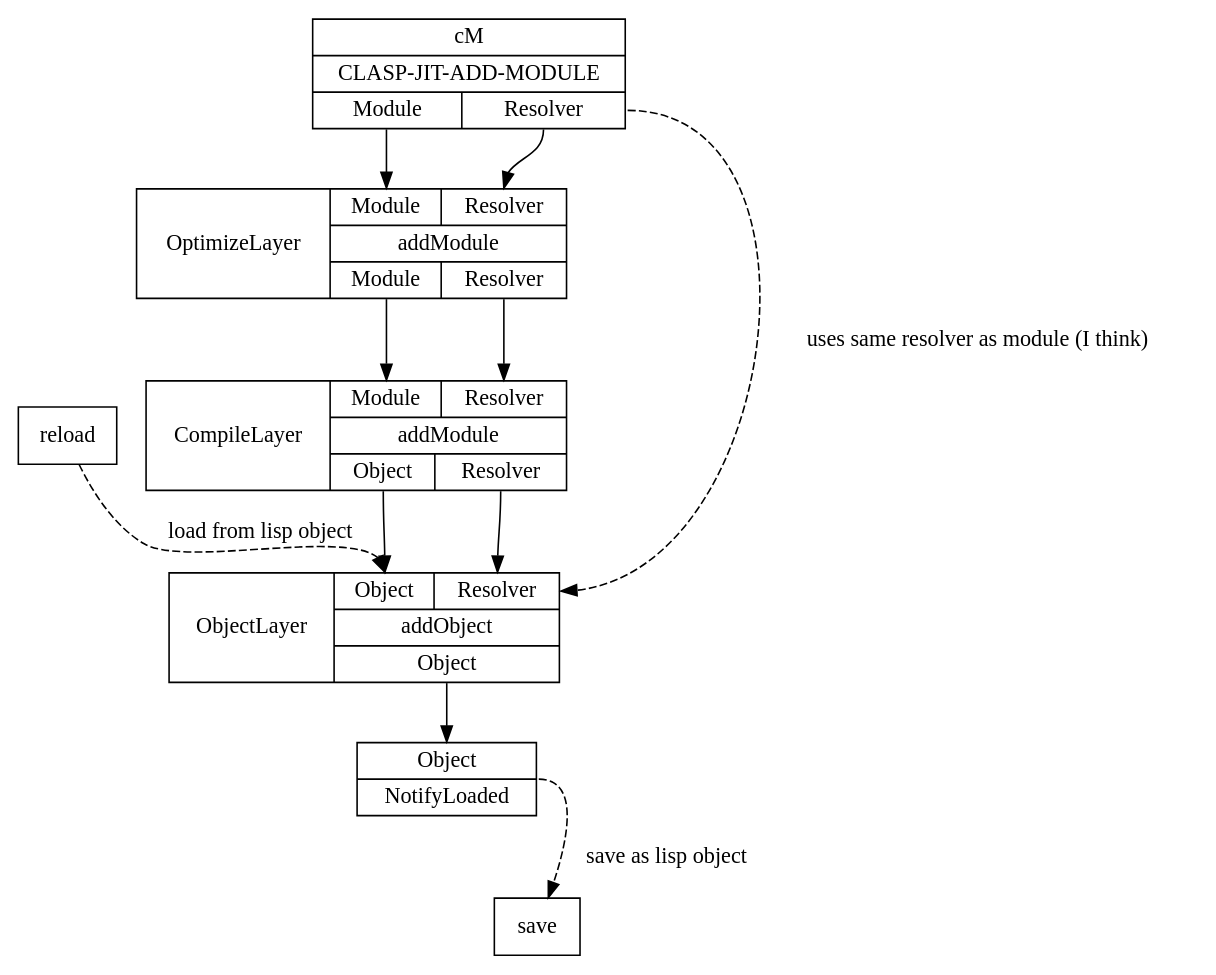
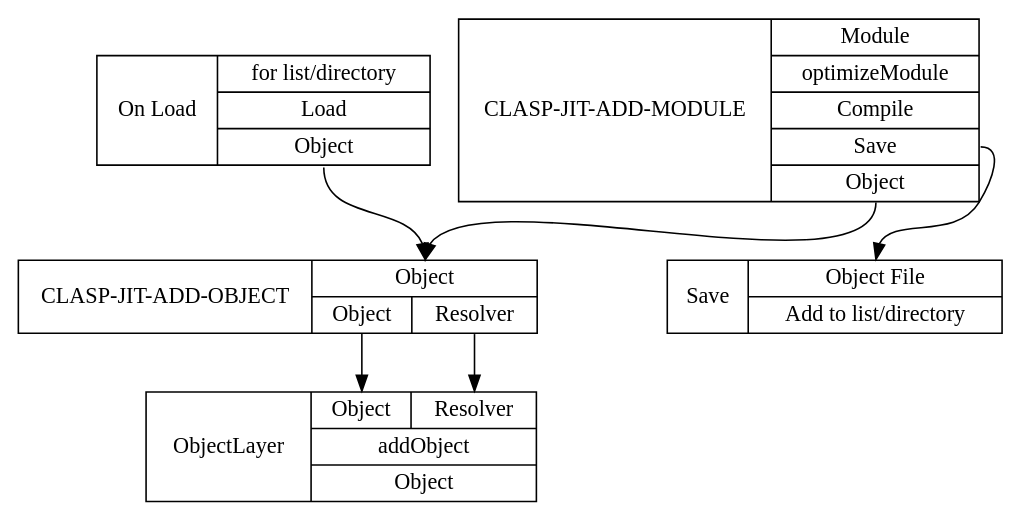
One commit to dlovemore/clasp changed the diagram in src/llvmo/jit.gv. Above: the diagram before and after it, drawn with Graphviz. The commit also changed 1 other file, not shown here.

Commit message:
New JIT structure to allow object save/load.

```diff
--- a/src/llvmo/jit.gv
+++ b/src/llvmo/jit.gv
@@ -1,21 +1,15 @@
 digraph structs {
 node [shape=record];
-notifyLoaded [shape=record,label="{<io> Object|NotifyLoaded}", URL="https://github.com/clasp-developers/clasp/blob/8a8e3820df1bb89edcdbb5d1c0ce636c5a5ec834/src/llvmo/llvmoExpose.cc#L3417-L3422"];
-objectLayer [shape=record,label="ObjectLayer|{{<io> Object| <ir> Resolver}|addObject|<oo> Object}"];
-compileLayer [shape=record,label="CompileLayer|{{<im> Module| <ir> Resolver}|addModule|{<oo> Object| <or> Resolver}}"];
-optimizeLayer [shape=record,label="OptimizeLayer|{{<im> Module| <ir> Resolver}|addModule|{<om> Module| <or> Resolver}}"];
 
-claspJIT_O [shape=record,label="{<im> cM|CLASP\-JIT\-ADD\-MODULE|{<om> Module| <or> Resolver}}", URL="https://github.com/clasp-developers/clasp/blob/8a8e3820df1bb89edcdbb5d1c0ce636c5a5ec834/src/llvmo/llvmoExpose.cc#L3512"];
+addModule [label="CLASP\-JIT\-ADD\-MODULE|{<im> Module|optimizeModule|Compile|<soo> Save|<oo> Object}"];
+addObject [label="CLASP\-JIT\-ADD\-OBJECT|{<io> Object|{<oo> Object|<or> Resolver}}"];
+objectLayer [label="ObjectLayer|{{<io> Object| <ir> Resolver}|addObject|<oo> Object}"];
+save [label="Save|{<io> Object File|Add to list/directory}"]
+load [label="On Load|{for list/directory|Load|<oo> Object}"]
 
-claspJIT_O:om -> optimizeLayer:im [URL="https://github.com/clasp-developers/clasp/blob/8a8e3820df1bb89edcdbb5d1c0ce636c5a5ec834/src/llvmo/llvmoExpose.cc#L3538"]
-claspJIT_O:or -> optimizeLayer:ir [URL="https://github.com/clasp-developers/clasp/blob/8a8e3820df1bb89edcdbb5d1c0ce636c5a5ec834/src/llvmo/llvmoExpose.cc#L3540"]
-optimizeLayer:om -> compileLayer:im
-optimizeLayer:or -> compileLayer:ir
-compileLayer:oo -> objectLayer:io
-compileLayer:or -> objectLayer:ir
-objectLayer:oo -> notifyLoaded:io
-
-notifyLoaded:e -> save [style=dashed, label="save as lisp object"]
-reload -> objectLayer:io [style=dashed, label="load from lisp object"]
-claspJIT_O:or -> objectLayer:ir [style=dashed, URL="https://github.com/clasp-developers/clasp/blob/8a8e3820df1bb89edcdbb5d1c0ce636c5a5ec834/src/llvmo/llvmoExpose.cc#L3518-L3529", label="uses same resolver as module (I think)"]
+load:oo -> addObject:io
+addModule:soo -> save:io
+addModule:oo -> addObject:io:n
+addObject:oo -> objectLayer:io
+addObject:or -> objectLayer:ir
 }
```
